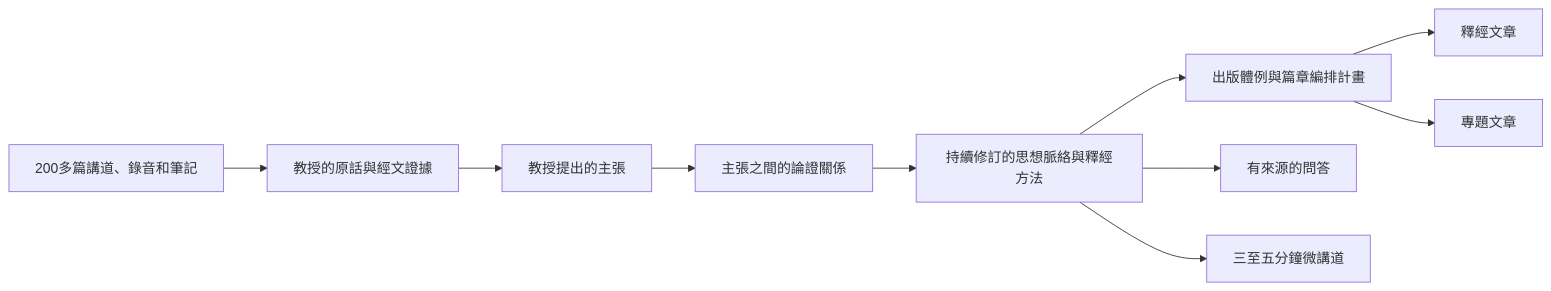
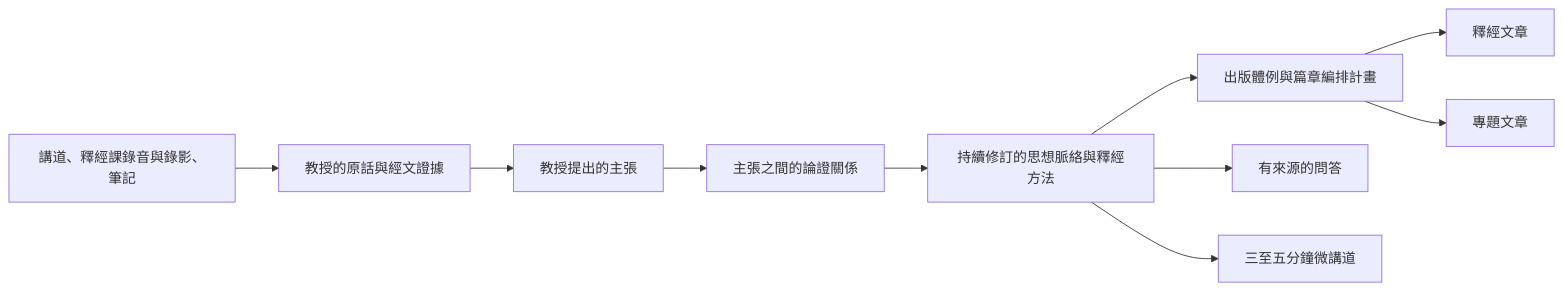
Before and after one commit to junyang168/smart-answer: the first of 4 diagrams in docs/wang-knowledge-platform/00-overview/project_mission_statement.md, drawn with Mermaid. The commit also changed other lines of this file, not shown here.

````diff
--- a/docs/wang-knowledge-platform/00-overview/project_mission_statement.md
+++ b/docs/wang-knowledge-platform/00-overview/project_mission_statement.md
@@ -98,12 +96,12 @@
 ```mermaid
 flowchart LR
-    A["200多篇講道、錄音和筆記"] --> B["教授的原話與經文證據"]
+    A["講道、釋經課錄音與錄影、筆記"] --> B["教授的原話與經文證據"]
     B --> C["教授提出的主張"]
     C --> D["主張之間的論證關係"]
     D --> E["持續修訂的思想脈絡與釋經方法"]
     E --> P["出版體例與篇章編排計畫"]
     P --> F["釋經文章"]
     P --> G["專題文章"]
     E --> H["有來源的問答"]
     E --> I["三至五分鐘微講道"]
 ```
````
